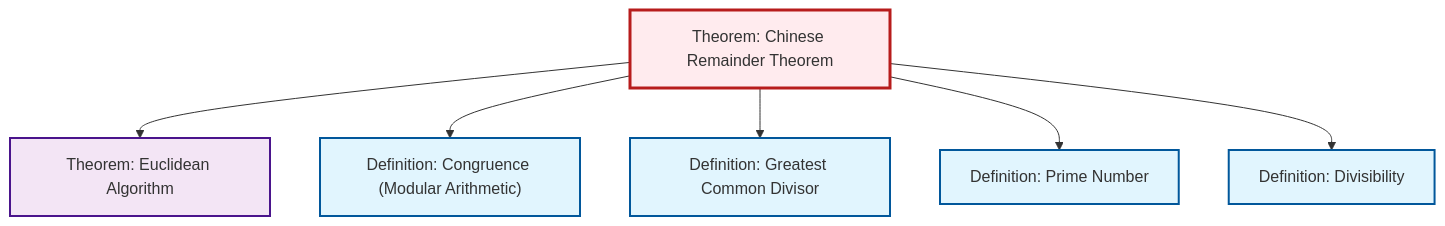
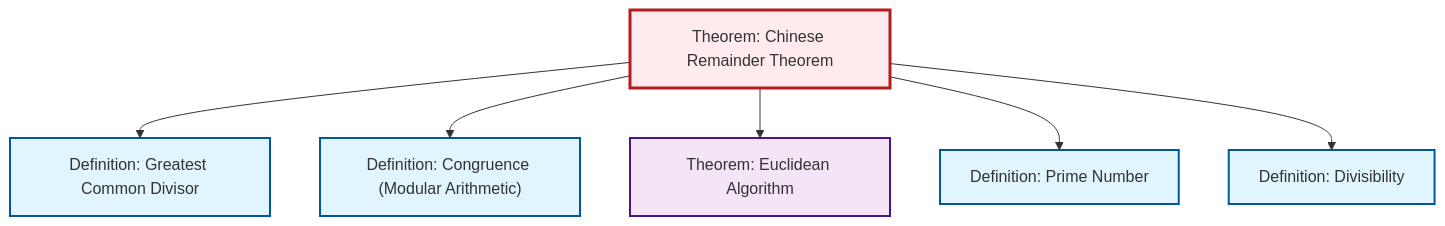
One commit to RK0429/ModernMath changed the diagram in content/ja/number-theory/thm-chinese-remainder.qmd. Above: the diagram before and after it, drawn with Mermaid. The commit also changed other lines of this file and 597 other files, not shown here.

````diff
--- a/content/ja/number-theory/thm-chinese-remainder.qmd
+++ b/content/ja/number-theory/thm-chinese-remainder.qmd
@@ -89,26 +89,26 @@
 ```{mermaid}
 %%| fig-cap: "Local dependency graph"
 graph TD
     classDef definition fill:#e1f5fe,stroke:#01579b,stroke-width:2px
     classDef theorem fill:#f3e5f5,stroke:#4a148c,stroke-width:2px
     classDef axiom fill:#fff3e0,stroke:#e65100,stroke-width:2px
     classDef example fill:#e8f5e9,stroke:#1b5e20,stroke-width:2px
     classDef current fill:#ffebee,stroke:#b71c1c,stroke-width:3px
+    def-gcd["Definition: Greatest Common Divisor"]:::definition
+    def-congruence["Definition: Congruence (Modular Arithmetic)"]:::definition
+    thm-chinese-remainder["Theorem: Chinese Remainder Theorem"]:::theorem
+    thm-euclidean-algorithm["Theorem: Euclidean Algorithm"]:::theorem
+    def-prime["Definition: Prime Number"]:::definition
     def-divisibility["Definition: Divisibility"]:::definition
-    thm-euclidean-algorithm["Theorem: Euclidean Algorithm"]:::theorem
-    thm-chinese-remainder["Theorem: Chinese Remainder Theorem"]:::theorem
-    def-prime["Definition: Prime Number"]:::definition
-    def-congruence["Definition: Congruence (Modular Arithmetic)"]:::definition
-    def-gcd["Definition: Greatest Common Divisor"]:::definition
+    thm-chinese-remainder --> def-gcd
+    thm-chinese-remainder --> def-congruence
     thm-chinese-remainder --> thm-euclidean-algorithm
-    thm-chinese-remainder --> def-congruence
-    thm-chinese-remainder --> def-gcd
     thm-chinese-remainder --> def-prime
     thm-chinese-remainder --> def-divisibility
     class thm-chinese-remainder current
-    click def-divisibility "def-divisibility.html" "Definition: Divisibilityへ"
+    click def-gcd "def-gcd.html" "Definition: Greatest Common Divisorへ"
+    click def-congruence "def-congruence.html" "Definition: Congruence (Modular Arithmetic)へ"
     click thm-euclidean-algorithm "thm-euclidean-algorithm.html" "Theorem: Euclidean Algorithmへ"
     click def-prime "def-prime.html" "Definition: Prime Numberへ"
-    click def-congruence "def-congruence.html" "Definition: Congruence (Modular Arithmetic)へ"
-    click def-gcd "def-gcd.html" "Definition: Greatest Common Divisorへ"
+    click def-divisibility "def-divisibility.html" "Definition: Divisibilityへ"
 ```
````
